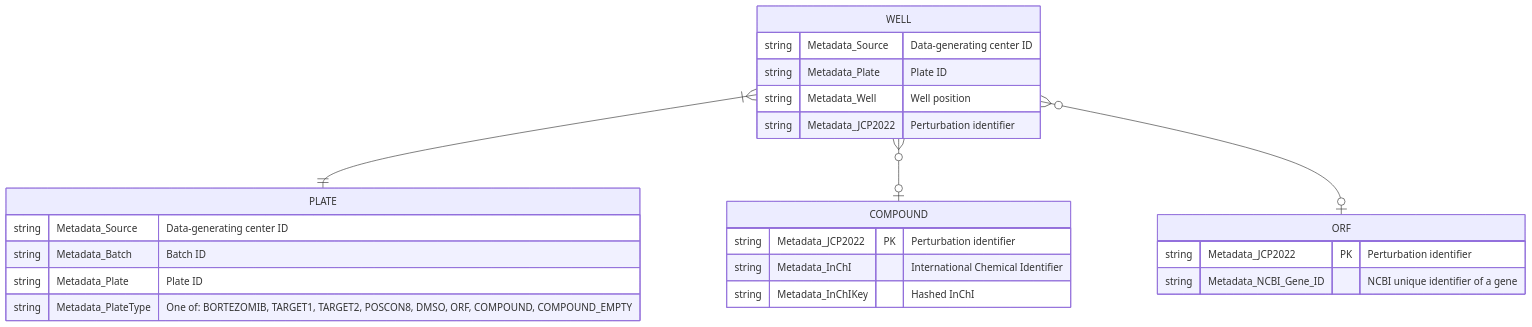
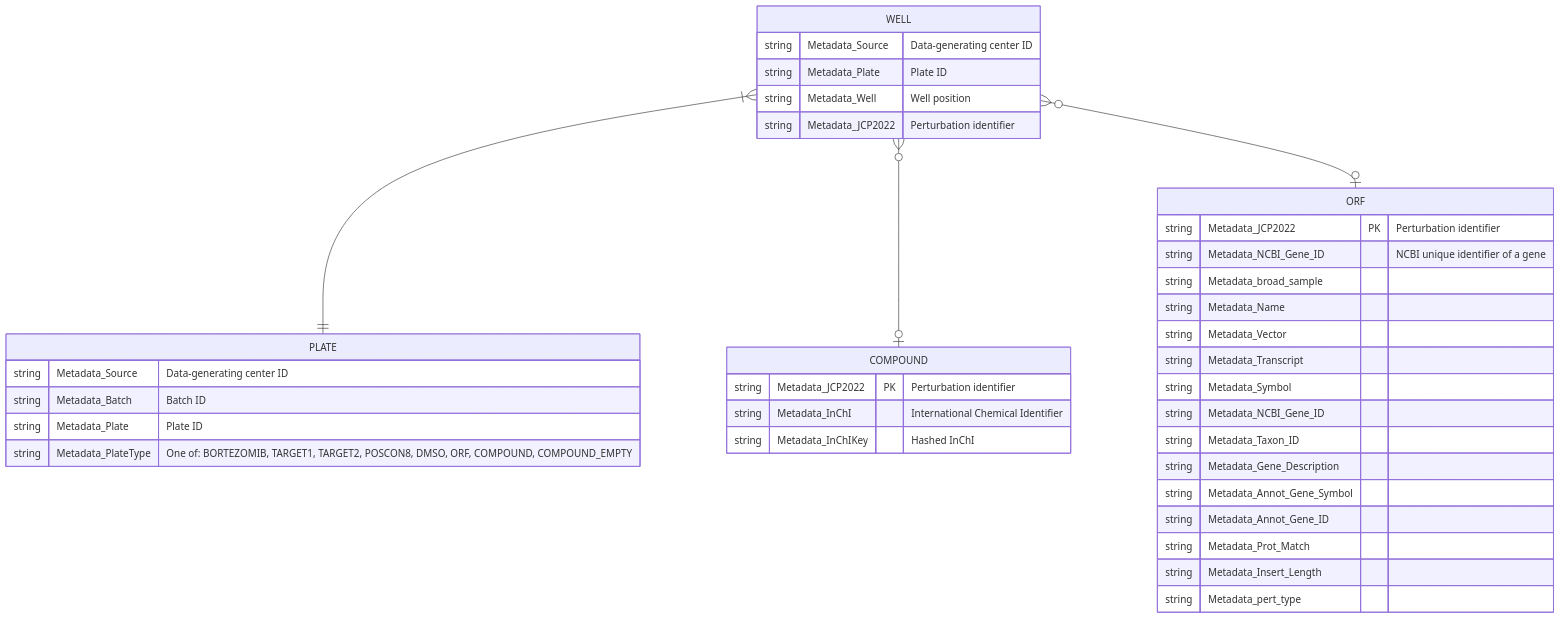
Before and after one commit to jump-cellpainting/datasets: the diagram in metadata/README.md, drawn with Mermaid.

Commit message:
More columns

````diff
--- a/metadata/README.md
+++ b/metadata/README.md
@@ -6,27 +6,40 @@
 ```mermaid
 erDiagram
     WELL }|--|| PLATE : ""
     WELL {
         string Metadata_Source "Data-generating center ID"
         string Metadata_Plate "Plate ID"
         string Metadata_Well "Well position"
         string Metadata_JCP2022 "Perturbation identifier"
     }
     PLATE {
         string Metadata_Source "Data-generating center ID"
         string Metadata_Batch "Batch ID"
         string Metadata_Plate "Plate ID"
         string Metadata_PlateType "One of: BORTEZOMIB, TARGET1, TARGET2, POSCON8, DMSO, ORF, COMPOUND, COMPOUND_EMPTY"
     }
     WELL }o--o| COMPOUND : ""
     COMPOUND {
         string Metadata_JCP2022 PK "Perturbation identifier"
         string Metadata_InChI "International Chemical Identifier"
         string Metadata_InChIKey "Hashed InChI"
     }
     WELL }o--o| ORF : ""
     ORF {
         string Metadata_JCP2022 PK "Perturbation identifier"
         string Metadata_NCBI_Gene_ID "NCBI unique identifier of a gene"
+        string Metadata_broad_sample ""
+        string Metadata_Name ""
+        string Metadata_Vector ""
+        string Metadata_Transcript ""
+        string Metadata_Symbol ""
+        string Metadata_NCBI_Gene_ID ""
+        string Metadata_Taxon_ID ""
+        string Metadata_Gene_Description ""
+        string Metadata_Annot_Gene_Symbol ""
+        string Metadata_Annot_Gene_ID ""
+        string Metadata_Prot_Match ""
+        string Metadata_Insert_Length ""
+        string Metadata_pert_type ""
     }
 ```
````
